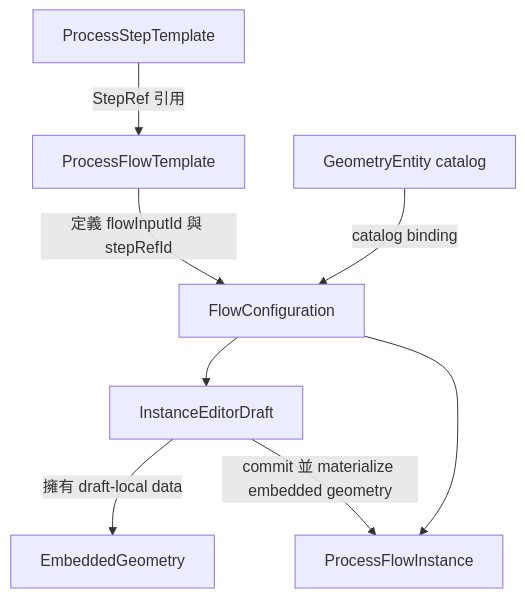
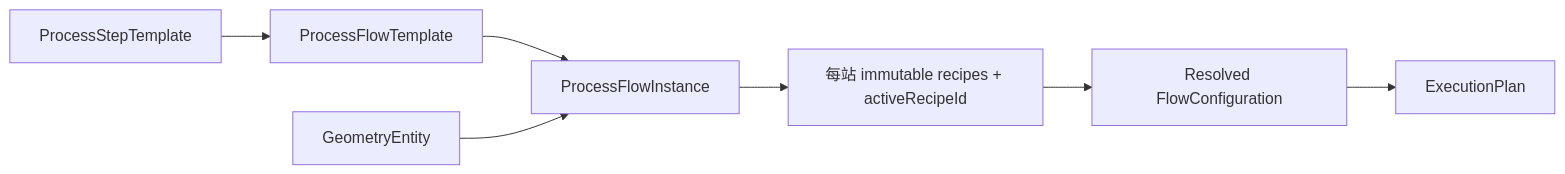
Before and after one commit to henry861010/process_flow_v2: the second of 4 diagrams in docs/data-model.md, drawn with Mermaid. The commit also changed other lines of this file and 82 other files, not shown here.

````diff
--- a/docs/data-model.md
+++ b/docs/data-model.md
@@ -157,10 +138,9 @@
 ```mermaid
-flowchart TB
-  StepTemplate["ProcessStepTemplate"] -->|"StepRef 引用"| FlowTemplate["ProcessFlowTemplate"]
-  FlowTemplate -->|"定義 flowInputId 與 stepRefId"| Configuration["FlowConfiguration"]
-  Configuration --> InstanceDraft["InstanceEditorDraft"]
-  Configuration --> Instance["ProcessFlowInstance"]
-  InstanceDraft -->|"擁有 draft-local data"| Embedded["EmbeddedGeometry"]
-  Catalog["GeometryEntity catalog"] -->|"catalog binding"| Configuration
-  InstanceDraft -->|"commit 並 materialize embedded geometry"| Instance
+flowchart LR
+  Steps["ProcessStepTemplate"] --> Template["ProcessFlowTemplate"]
+  Template --> Instance["ProcessFlowInstance"]
+  Catalog["GeometryEntity"] --> Instance
+  Instance --> Recipes["每站 immutable recipes + activeRecipeId"]
+  Recipes --> Configuration["Resolved FlowConfiguration"]
+  Configuration --> Plan["ExecutionPlan"]
 ```
````
